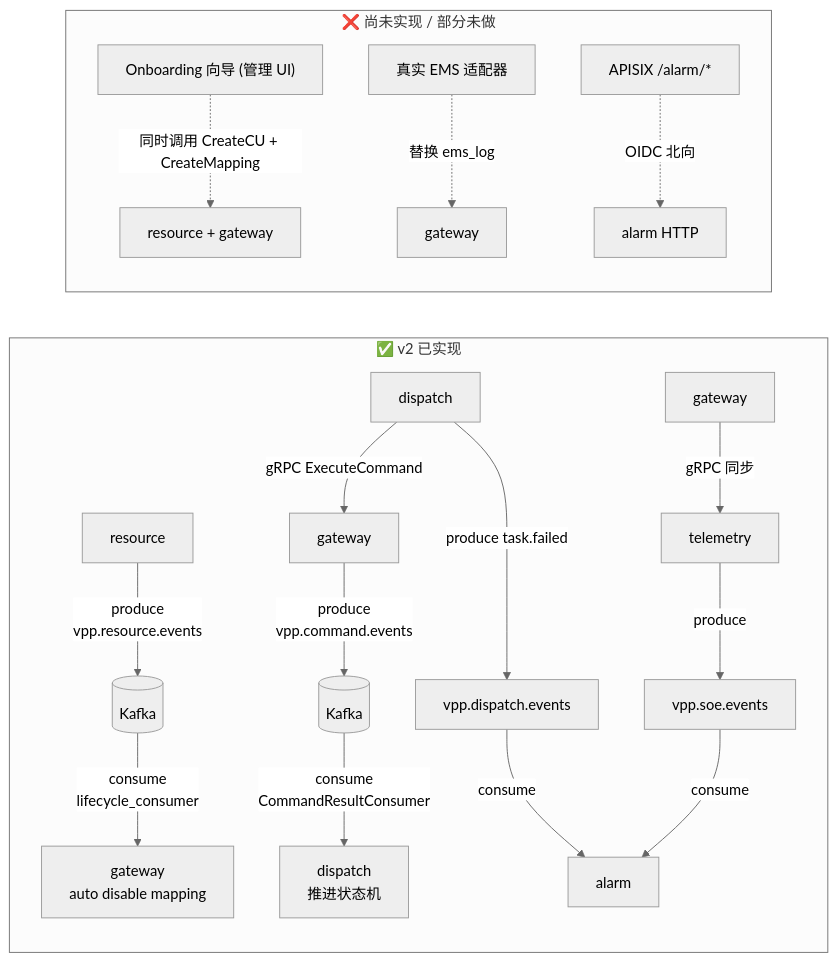
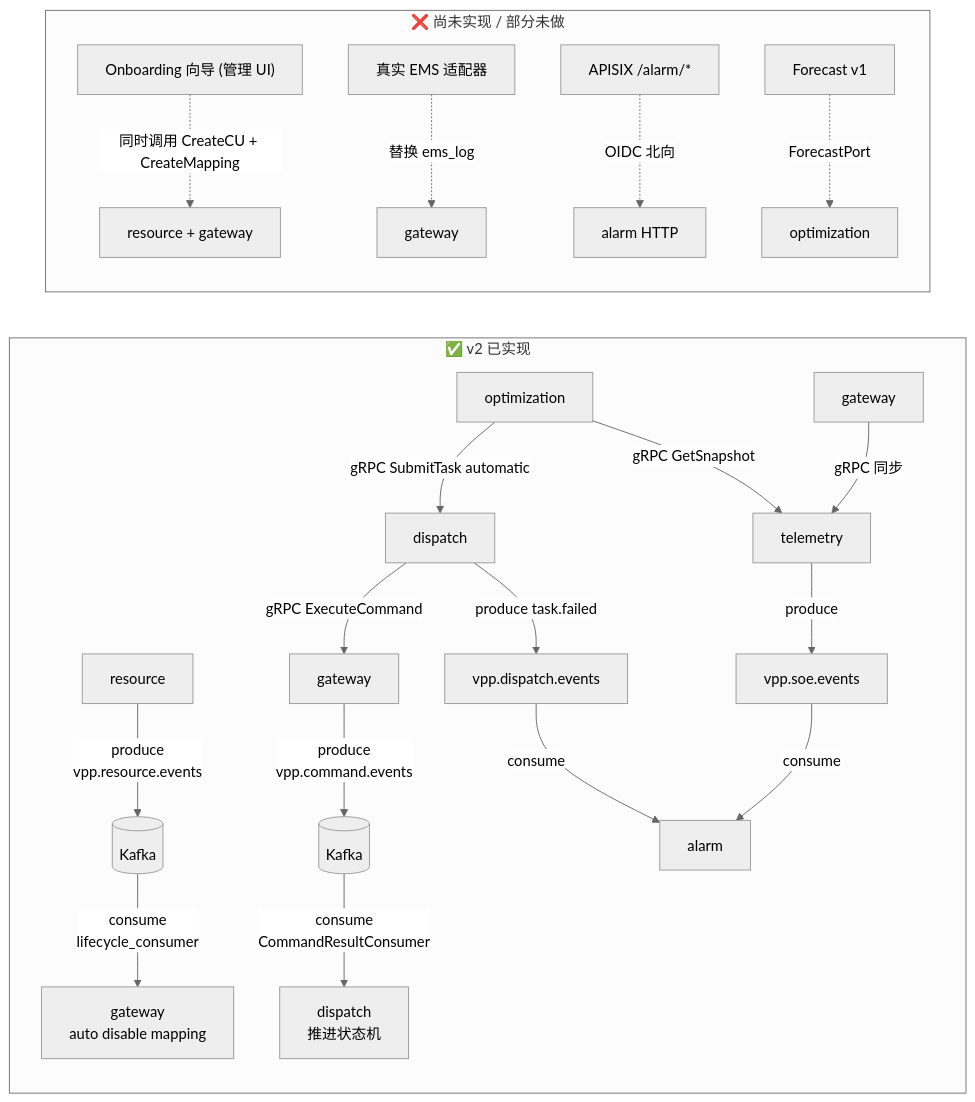
The second of 2 diagrams in architecture.md (mushroomyuan/vpp-backend), drawn with Mermaid (neutral theme) before and after one commit. The commit also changed other lines of this file and 83 other files, not shown here.

````diff
--- a/architecture.md
+++ b/architecture.md
@@ -194,39 +218,45 @@
 ```mermaid
 
 flowchart LR
 
     subgraph Implemented["✅ v2 已实现"]
 
         G1[gateway] -->|gRPC 同步| T1[telemetry]
 
         T1 -->|produce| K1["vpp.soe.events"]
 
         R2[resource] -->|produce<br/>vpp.resource.events| K2[("Kafka")]
 
         K2 -->|consume<br/>lifecycle_consumer| G2[gateway<br/>auto disable mapping]
 
         D1[dispatch] -->|gRPC ExecuteCommand| G3[gateway]
 
         G3 -->|produce<br/>vpp.command.events| K3[("Kafka")]
 
         K3 -->|consume<br/>CommandResultConsumer| D2[dispatch<br/>推进状态机]
 
         K1 -->|consume| A1[alarm]
 
         D1 -->|produce task.failed| K5["vpp.dispatch.events"]
 
         K5 -->|consume| A1
 
+        O1[optimization] -->|gRPC GetSnapshot| T1
+
+        O1 -->|gRPC SubmitTask automatic| D1
+
     end
 
     subgraph Future["❌ 尚未实现 / 部分未做"]
 
         OnboardingUI["Onboarding 向导 (管理 UI)"] -.->|同时调用 CreateCU + CreateMapping| Both["resource + gateway"]
 
         RealEMS["真实 EMS 适配器"] -.->|替换 ems_log| G4[gateway]
 
         AlarmAPI["APISIX /alarm/*"] -.->|OIDC 北向| A2[alarm HTTP]
 
+        ForecastSvc["Forecast v1"] -.->|ForecastPort| O2[optimization]
+
     end
 
 ```
````
